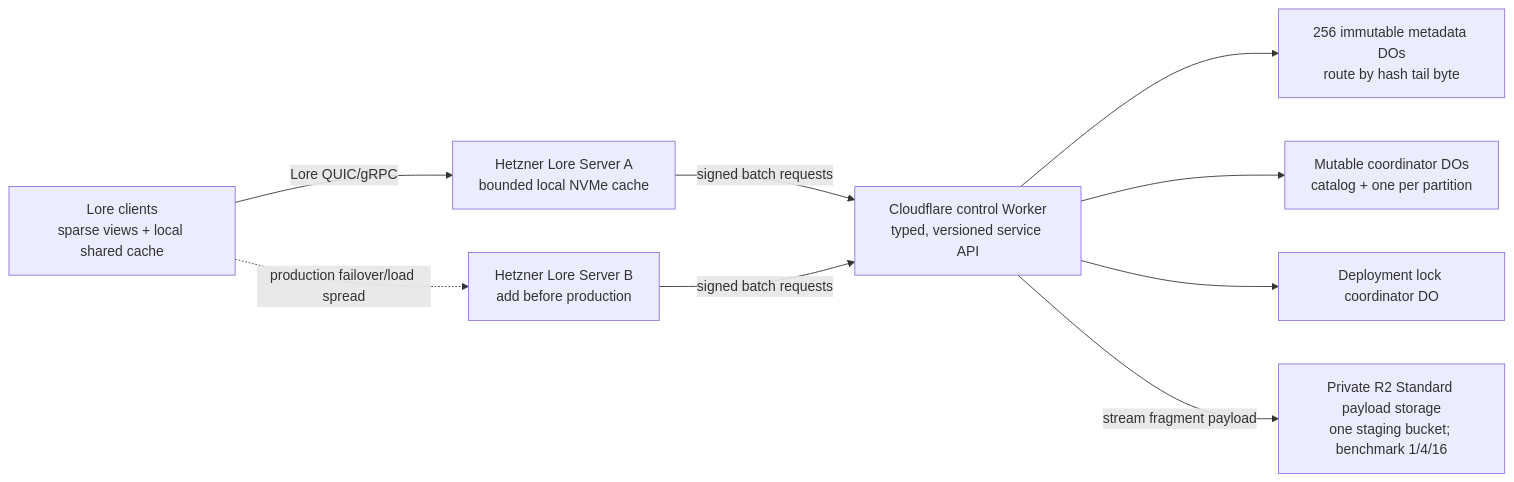
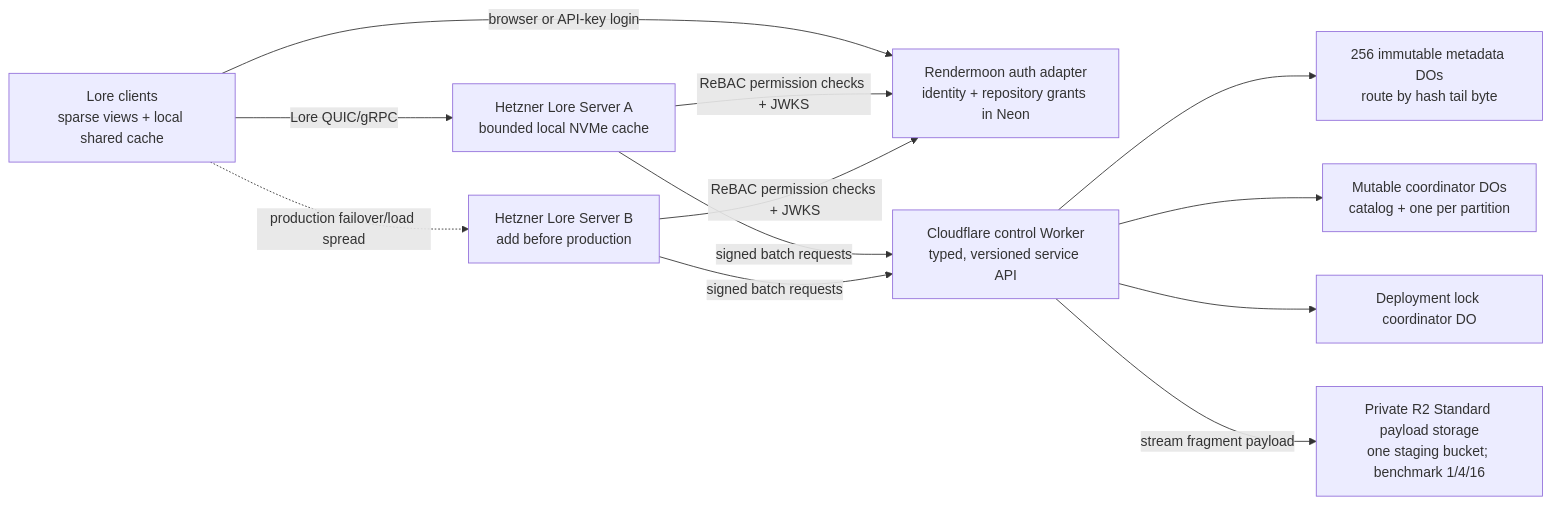
The diagram in contrib/cloudflare/ARCHITECTURE.md (Digital-Wanderer-Sp-z-o-o/lore), drawn with Mermaid before and after one commit. The commit also changed other lines of this file and 4 other files, not shown here.

Commit message:
feat(auth): connect Lore to Rendermoon identity

````diff
--- a/contrib/cloudflare/ARCHITECTURE.md
+++ b/contrib/cloudflare/ARCHITECTURE.md
@@ -134,20 +143,24 @@
 ```mermaid
 flowchart LR
     C["Lore clients<br/>sparse views + local shared cache"]
+    A["Rendermoon auth adapter<br/>identity + repository grants in Neon"]
     H1["Hetzner Lore Server A<br/>bounded local NVMe cache"]
     H2["Hetzner Lore Server B<br/>add before production"]
     W["Cloudflare control Worker<br/>typed, versioned service API"]
     I["256 immutable metadata DOs<br/>route by hash tail byte"]
     M["Mutable coordinator DOs<br/>catalog + one per partition"]
     L["Deployment lock coordinator DO"]
     R["Private R2 Standard payload storage<br/>one staging bucket; benchmark 1/4/16"]
 
     C -->|"Lore QUIC/gRPC"| H1
+    C -->|"browser or API-key login"| A
+    H1 -->|"ReBAC permission checks + JWKS"| A
+    H2 -->|"ReBAC permission checks + JWKS"| A
     C -.->|"production failover/load spread"| H2
     H1 -->|"signed batch requests"| W
     H2 -->|"signed batch requests"| W
     W --> I
     W --> M
     W --> L
     W -->|"stream fragment payload"| R
 ```
````
